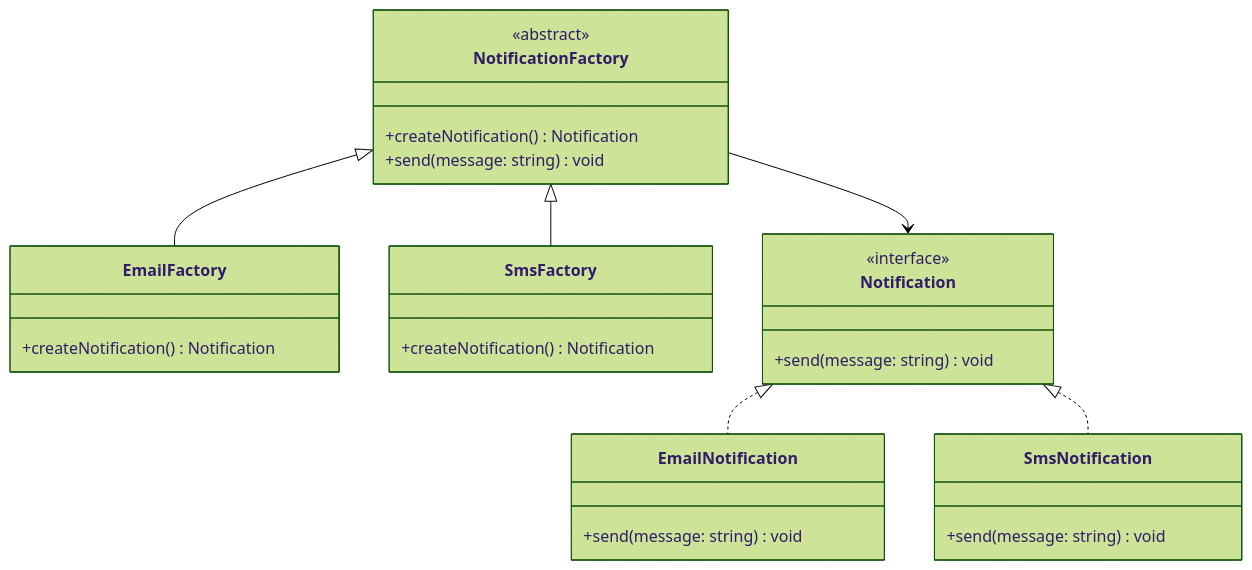
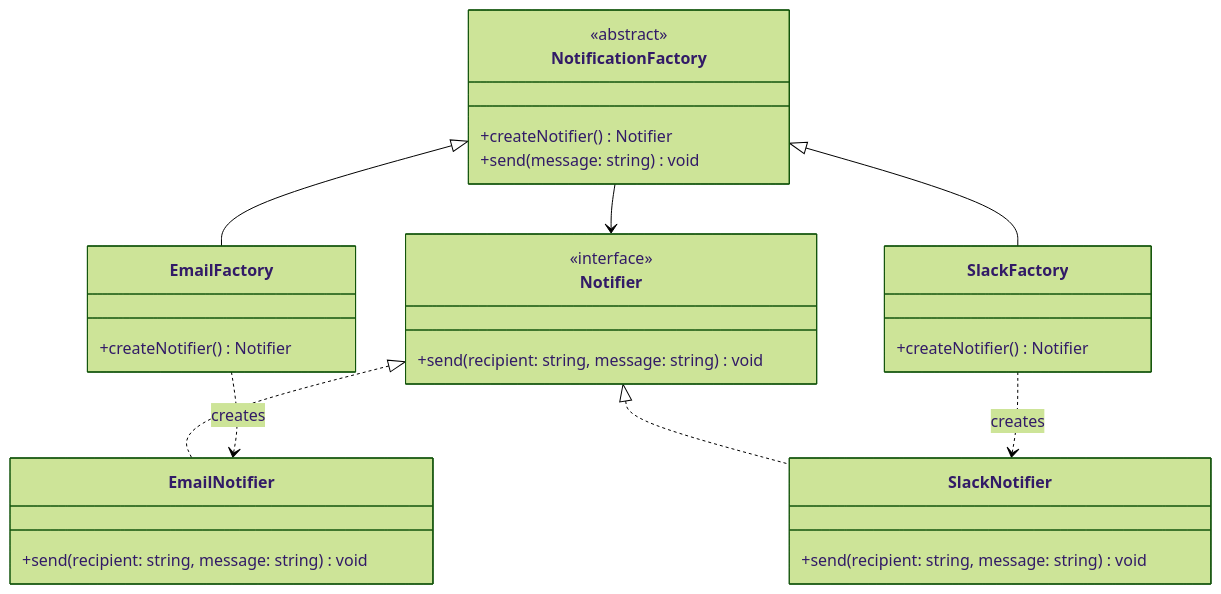
Before and after one commit to shivam-g-mishra/blog: the diagram in docs/design-patterns/creational/factory-method.md, drawn with Mermaid (forest theme). The commit also changed other lines of this file and 31 other files, not shown here.

````diff
--- a/docs/design-patterns/creational/factory-method.md
+++ b/docs/design-patterns/creational/factory-method.md
@@ -60,30 +85,32 @@
 ```mermaid
 classDiagram
-  class NotificationFactory {
-    <<abstract>>
-    +createNotification() Notification
-    +send(message: string) void
-  }
-  class EmailFactory {
-    +createNotification() Notification
-  }
-  class SmsFactory {
-    +createNotification() Notification
-  }
-  class Notification {
-    <<interface>>
-    +send(message: string) void
-  }
-  class EmailNotification {
-    +send(message: string) void
-  }
-  class SmsNotification {
-    +send(message: string) void
-  }
+    class NotificationFactory {
+        <<abstract>>
+        +createNotifier() Notifier
+        +send(message: string) void
+    }
+    class EmailFactory {
+        +createNotifier() Notifier
+    }
+    class SlackFactory {
+        +createNotifier() Notifier
+    }
+    class Notifier {
+        <<interface>>
+        +send(recipient: string, message: string) void
+    }
+    class EmailNotifier {
+        +send(recipient: string, message: string) void
+    }
+    class SlackNotifier {
+        +send(recipient: string, message: string) void
+    }
 
-  NotificationFactory --> Notification
-  Notification <|.. EmailNotification
-  Notification <|.. SmsNotification
-  NotificationFactory <|-- EmailFactory
-  NotificationFactory <|-- SmsFactory
+    NotificationFactory --> Notifier
+    Notifier <|.. EmailNotifier
+    Notifier <|.. SlackNotifier
+    NotificationFactory <|-- EmailFactory
+    NotificationFactory <|-- SlackFactory
+    EmailFactory ..> EmailNotifier : creates
+    SlackFactory ..> SlackNotifier : creates
 ```
````
